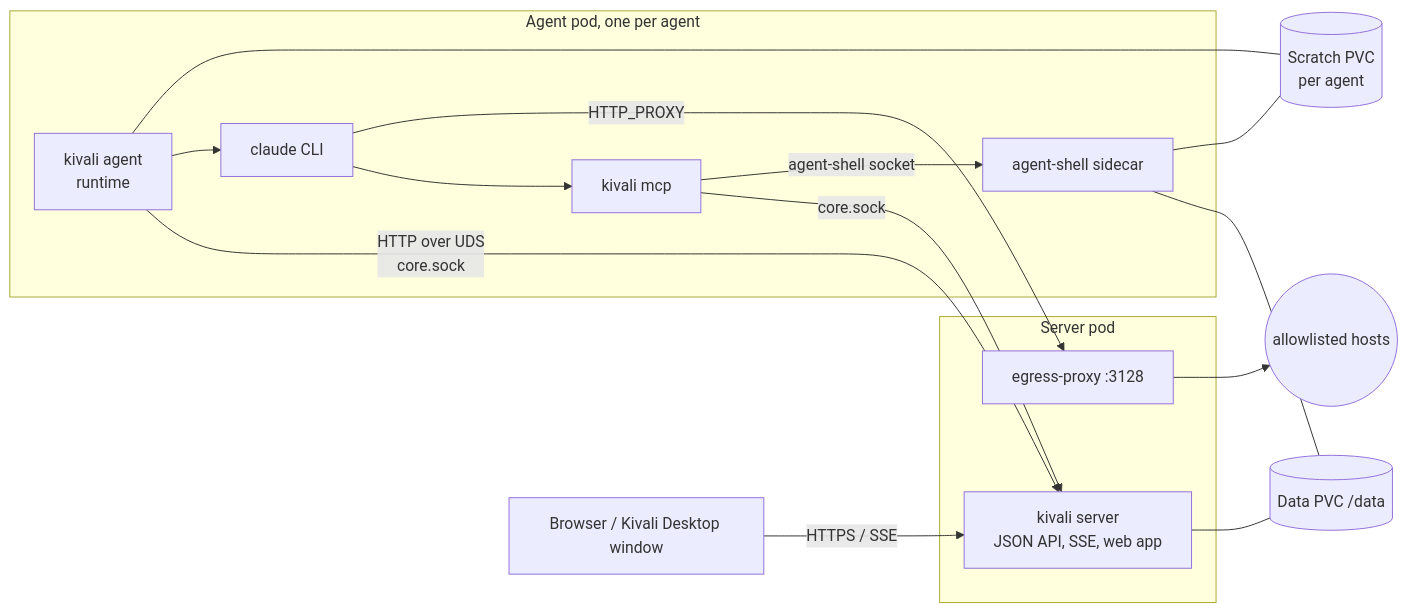
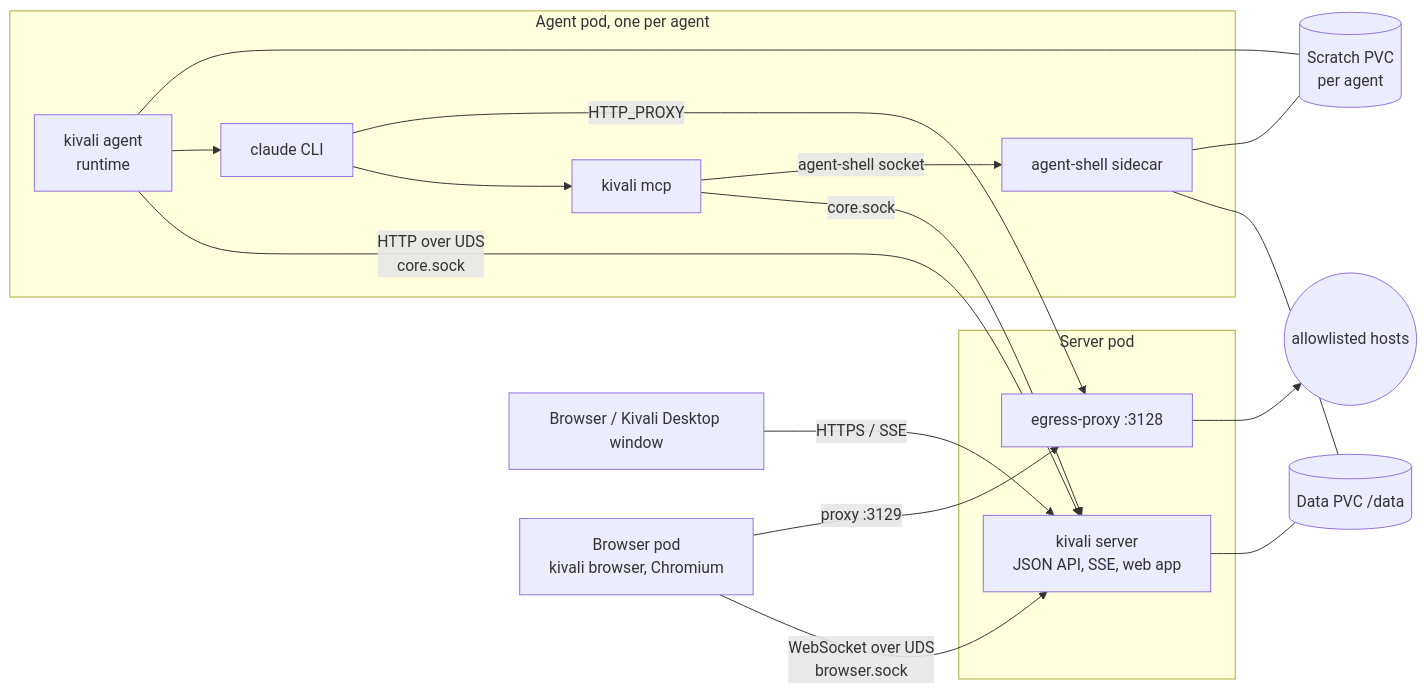
One commit to kivali-ai/kivali changed the first of 2 diagrams in docs/developers/architecture.md. Above: the diagram before and after it, drawn with Mermaid. The commit also changed other lines of this file and 22 other files, not shown here.

First line of the commit message:
Keep browser pods off the agent socket and bound what they send

````diff
--- a/docs/developers/architecture.md
+++ b/docs/developers/architecture.md
@@ -10,26 +10,28 @@
 ```mermaid
 flowchart LR
   browser[Browser / Kivali Desktop window]
   subgraph server_pod[Server pod]
     core[kivali server<br/>JSON API, SSE, web app]
     proxy[egress-proxy :3128]
   end
   subgraph agent_pod[Agent pod, one per agent]
     runtime[kivali agent<br/>runtime]
     cli[claude CLI]
     mcp[kivali mcp]
     shell[agent-shell sidecar]
   end
   data[(Data PVC /data)]
   scratch[(Scratch PVC<br/>per agent)]
   browser -- HTTPS / SSE --> core
   core --- data
   runtime -- HTTP over UDS<br/>core.sock --> core
   runtime --> cli --> mcp
   mcp -- core.sock --> core
+  browserpod[Browser pod<br/>kivali browser, Chromium] -- WebSocket over UDS<br/>browser.sock --> core
+  browserpod -- proxy :3129 --> proxy
   mcp -- agent-shell socket --> shell
   shell --- data
   shell --- scratch
   runtime --- scratch
   cli -- HTTP_PROXY --> proxy --> internet((allowlisted hosts))
 ```
````
